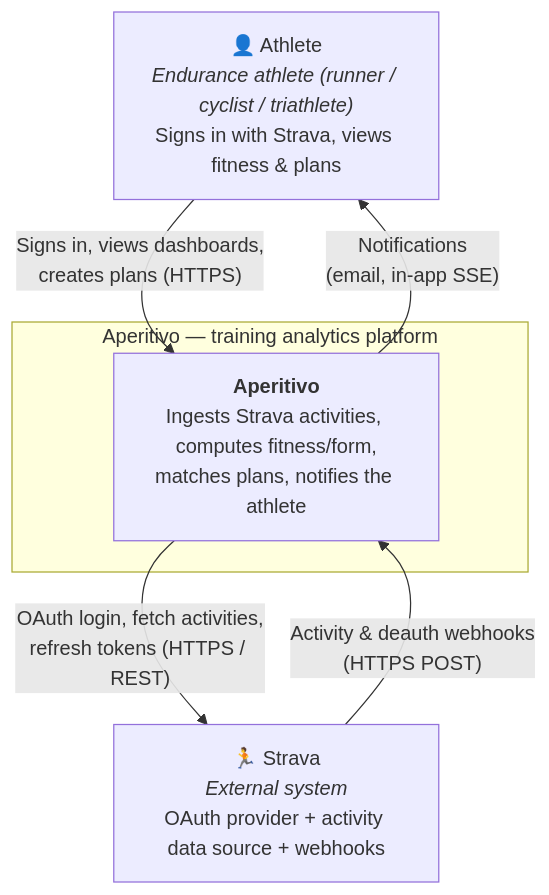
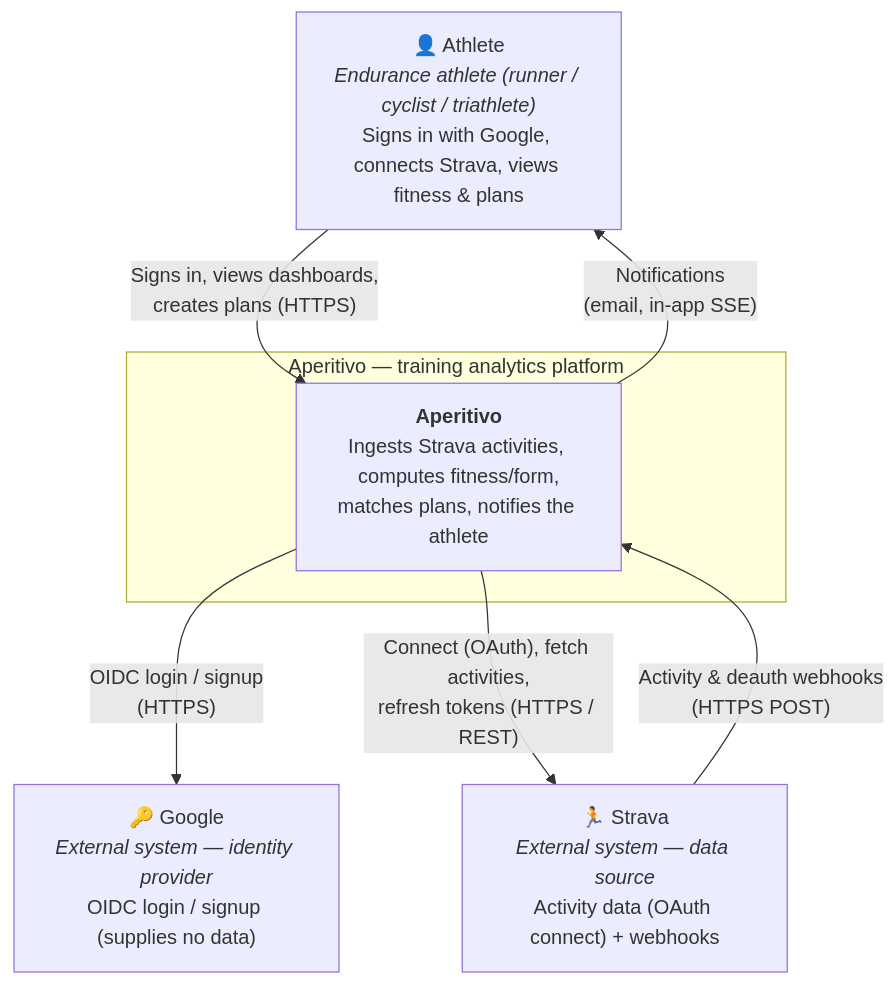
One commit to PrimaryInspection2/aperitivo changed the diagram in docs/diagrams/c4/level-1-system-context.md. Above: the diagram before and after it, drawn with Mermaid. The commit also changed other lines of this file and 65 other files, not shown here.

Commit message:
sign in with Google (OIDC) and connect Strava as a data source from an authenticated session

````diff
--- a/docs/diagrams/c4/level-1-system-context.md
+++ b/docs/diagrams/c4/level-1-system-context.md
@@ -16,15 +18,17 @@
 ```mermaid
 flowchart TB
-    Athlete["👤 Athlete<br/><i>Endurance athlete (runner / cyclist / triathlete)</i><br/>Signs in with Strava, views fitness & plans"]
+    Athlete["👤 Athlete<br/><i>Endurance athlete (runner / cyclist / triathlete)</i><br/>Signs in with Google, connects Strava, views fitness & plans"]
 
     subgraph Aperitivo["Aperitivo — training analytics platform"]
         APP["<b>Aperitivo</b><br/>Ingests Strava activities, computes fitness/form,<br/>matches plans, notifies the athlete"]
     end
 
-    Strava["🏃 Strava<br/><i>External system</i><br/>OAuth provider + activity data source + webhooks"]
+    Google["🔑 Google<br/><i>External system — identity provider</i><br/>OIDC login / signup (supplies no data)"]
+    Strava["🏃 Strava<br/><i>External system — data source</i><br/>Activity data (OAuth connect) + webhooks"]
 
     Athlete -->|"Signs in, views dashboards,<br/>creates plans (HTTPS)"| APP
-    APP -->|"OAuth login, fetch activities,<br/>refresh tokens (HTTPS / REST)"| Strava
+    APP -->|"OIDC login / signup<br/>(HTTPS)"| Google
+    APP -->|"Connect (OAuth), fetch activities,<br/>refresh tokens (HTTPS / REST)"| Strava
     Strava -->|"Activity & deauth webhooks<br/>(HTTPS POST)"| APP
     APP -->|"Notifications<br/>(email, in-app SSE)"| Athlete
 ```
````
